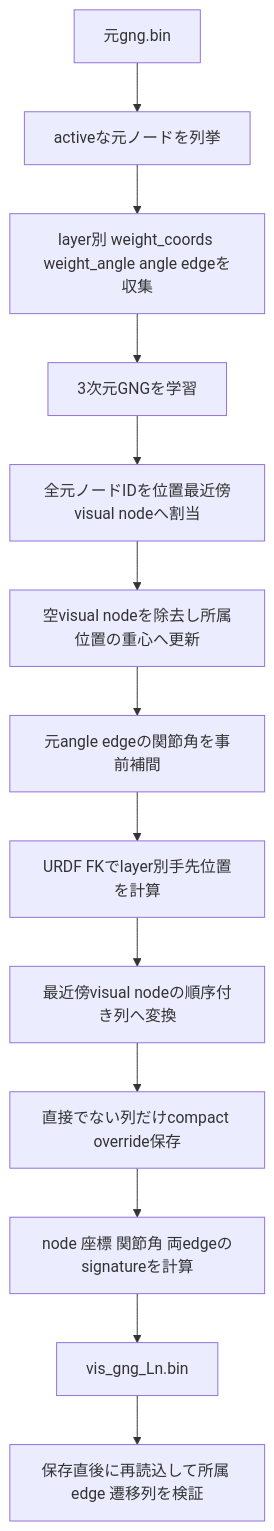
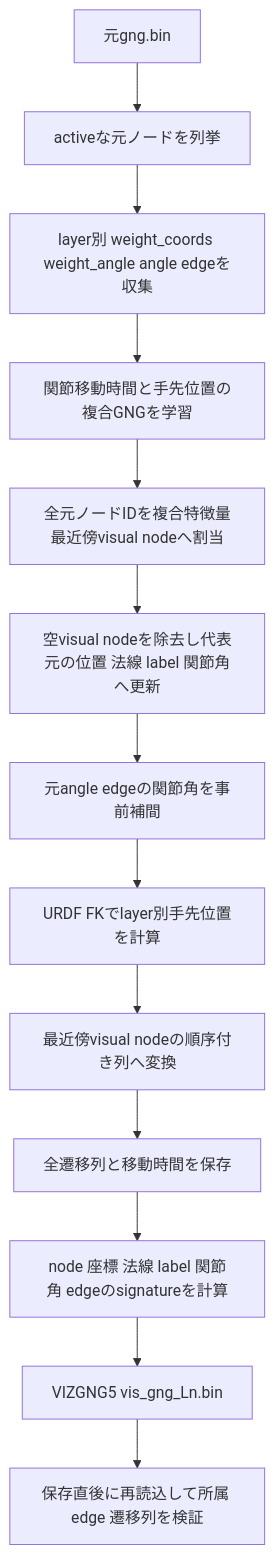
The ninth of 10 diagrams in gng_vlut_system/docs/TECHNICAL_SPEC.md (uraki-UH/arm_avoidance), drawn with Mermaid before and after one commit. The commit also changed other lines of this file and 45 other files, not shown here.

````diff
--- a/gng_vlut_system/docs/TECHNICAL_SPEC.md
+++ b/gng_vlut_system/docs/TECHNICAL_SPEC.md
@@ -791,15 +897,15 @@
 ```mermaid
 flowchart TD
     A[元gng.bin] --> B[activeな元ノードを列挙]
     B --> C[layer別 weight_coords weight_angle angle edgeを収集]
-    C --> D[3次元GNGを学習]
-    D --> E[全元ノードIDを位置最近傍visual nodeへ割当]
-    E --> F[空visual nodeを除去し所属位置の重心へ更新]
+    C --> D[関節移動時間と手先位置の複合GNGを学習]
+    D --> E[全元ノードIDを複合特徴量最近傍visual nodeへ割当]
+    E --> F[空visual nodeを除去し代表元の位置 法線 label 関節角へ更新]
     F --> G[元angle edgeの関節角を事前補間]
     G --> H[URDF FKでlayer別手先位置を計算]
     H --> I[最近傍visual nodeの順序付き列へ変換]
-    I --> J[直接でない列だけcompact override保存]
-    J --> K[node 座標 関節角 両edgeのsignatureを計算]
-    K --> L[vis_gng_Ln.bin]
+    I --> J[全遷移列と移動時間を保存]
+    J --> K[node 座標 法線 label 関節角 edgeのsignatureを計算]
+    K --> L[VIZGNG5 vis_gng_Ln.bin]
     L --> M[保存直後に再読込して所属 edge 遷移列を検証]
 ```
````
